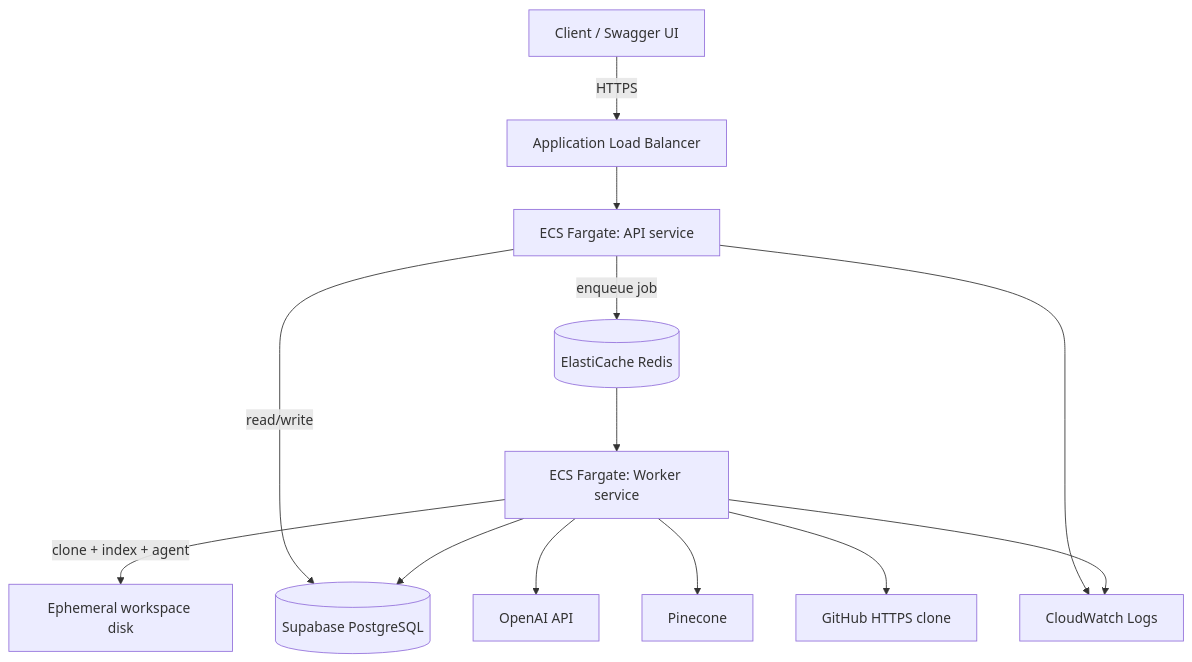
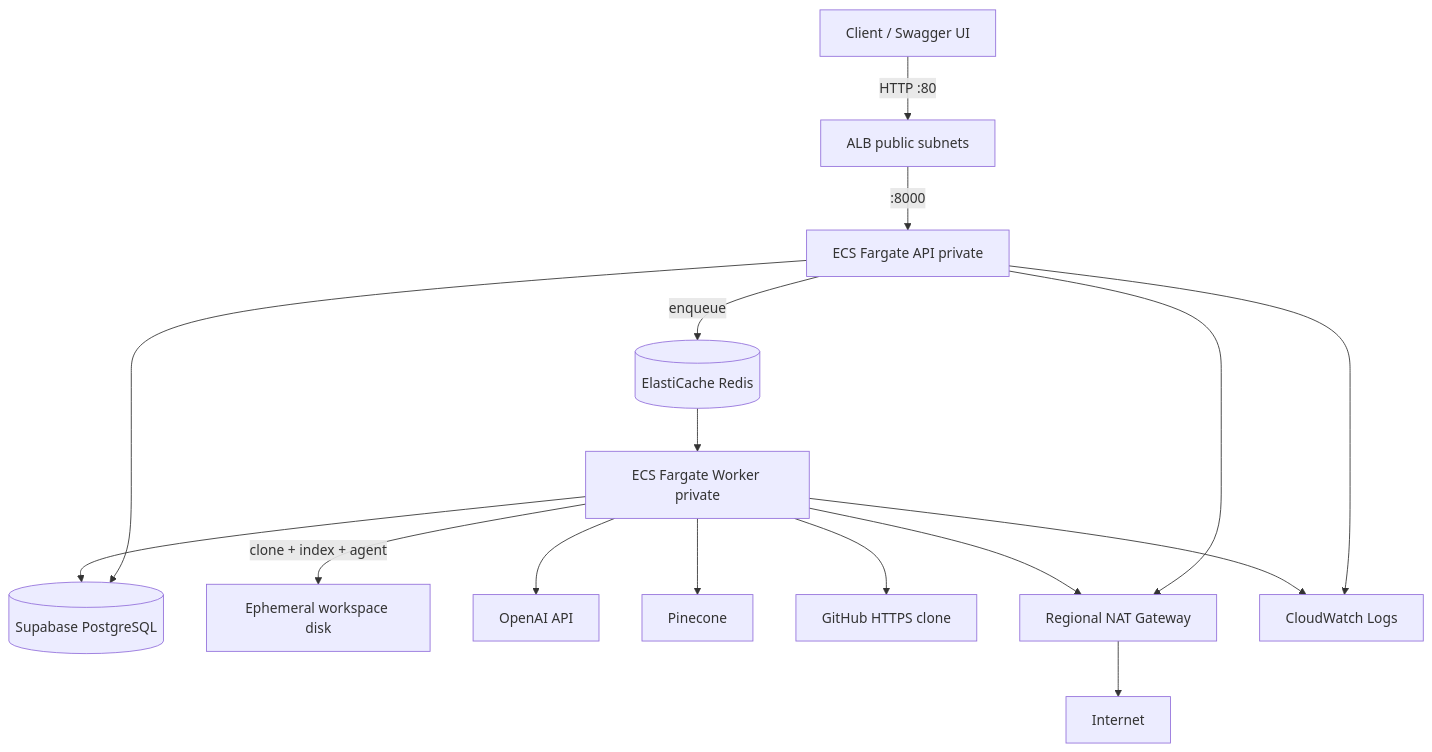
The diagram in docs/deploy-track.md (eli22443/ai-agent-platform), drawn with Mermaid before and after one commit. The commit also changed other lines of this file and 7 other files, not shown here.

````diff
--- a/docs/deploy-track.md
+++ b/docs/deploy-track.md
@@ -46,15 +41,18 @@
 ```mermaid
 flowchart TD
-    Client["Client / Swagger UI"] -->|HTTPS| ALB["Application Load Balancer"]
-    ALB --> API["ECS Fargate: API service"]
-    API -->|enqueue job| Redis[("ElastiCache Redis")]
-    API -->|read/write| Supabase[("Supabase PostgreSQL")]
-  Redis --> Worker["ECS Fargate: Worker service"]
+    Client["Client / Swagger UI"] -->|HTTP :80| ALB["ALB public subnets"]
+    ALB -->|:8000| API["ECS Fargate API private"]
+    API -->|enqueue| Redis[("ElastiCache Redis")]
+    API --> Supabase[("Supabase PostgreSQL")]
+    Redis --> Worker["ECS Fargate Worker private"]
     Worker -->|clone + index + agent| WS["Ephemeral workspace disk"]
     Worker --> Supabase
     Worker --> OpenAI["OpenAI API"]
     Worker --> Pinecone["Pinecone"]
     Worker --> GitHub["GitHub HTTPS clone"]
+    API --> NAT["Regional NAT Gateway"]
+    Worker --> NAT
+    NAT --> Internet["Internet"]
     API --> CW["CloudWatch Logs"]
     Worker --> CW
 ```
````
